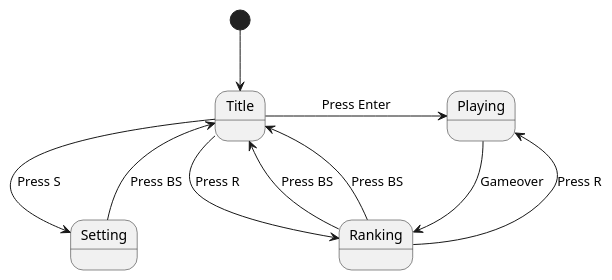
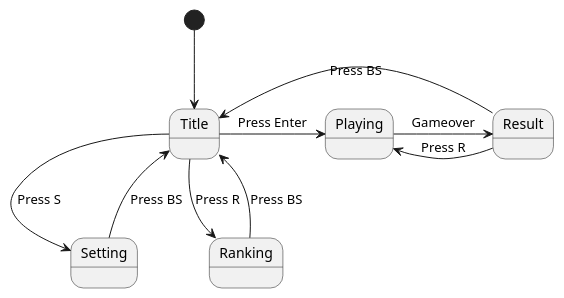
Before and after one commit to esyScGithub/AOmushi: the first of 2 diagrams in AomushI_state.pu, drawn with PlantUML.

Commit message:
略字のかぶりを修正

```diff
--- a/AomushI_state.pu
+++ b/AomushI_state.pu
@@ -1,21 +1,21 @@
 @startuml gameState
 
 state "Title" as t
 state "Playing" as p
-state "Result" as r
+state "Result" as re
 state "Setting" as s
-state "Ranking" as r
+state "Ranking" as ra
 
 [*] -d-> t
 t -r-> p : Press Enter
-p -[hidden]d-> r
-s -[hidden]r-> r
-t -> r : Press R
-r -u-> t : Press BS
+p -[hidden]d-> ra
+s -[hidden]r-> ra
+t -> ra : Press R
+ra -u-> t : Press BS
 t -d-> s : Press S
 s -u-> t : Press BS
-p -r-> r : Gameover
-r -l-> t : Press BS
-r -l-> p : Press R
+p -r-> re : Gameover
+re -l-> t : Press BS
+re -l-> p : Press R
 
 @enduml
```
